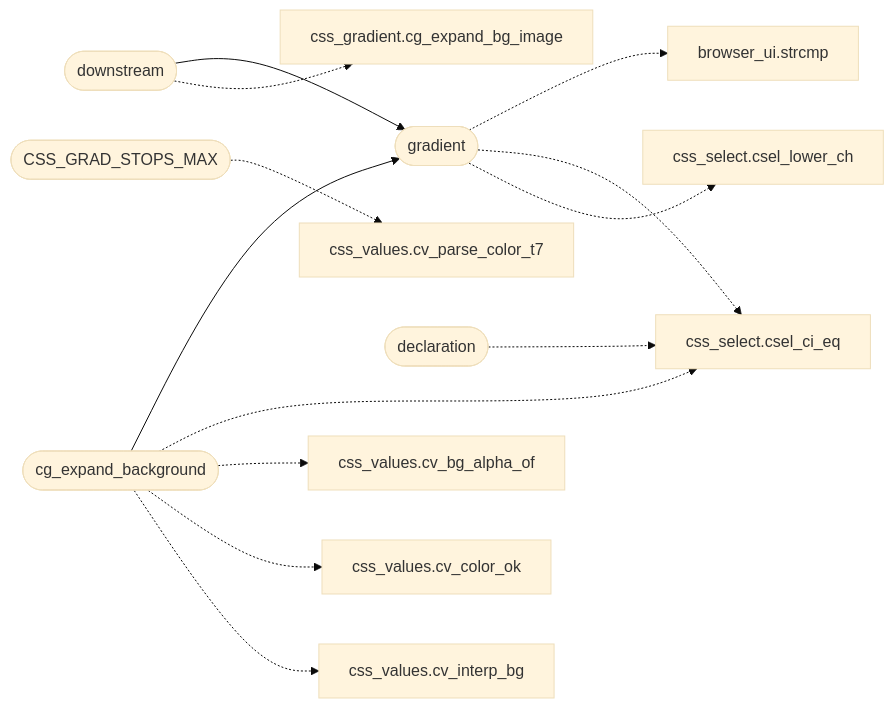
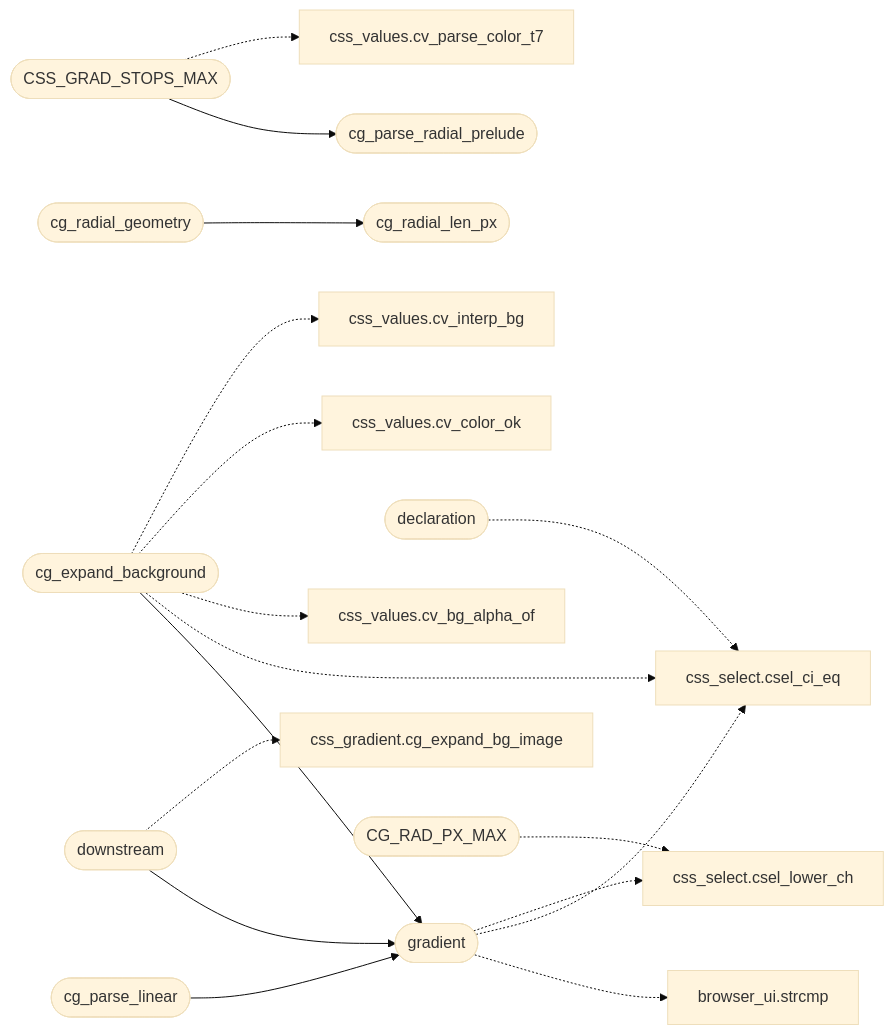
The diagram in readmenator-apidocs/modules/src.css_gradient.c.md (grisuno/FreeDom), drawn with Mermaid (base theme) before and after one commit. The commit also changed other lines of this file and 1370 other files, not shown here.

````diff
--- a/readmenator-apidocs/modules/src.css_gradient.c.md
+++ b/readmenator-apidocs/modules/src.css_gradient.c.md
@@ -13,28 +14,37 @@
 ```mermaid
 flowchart LR
+    n_src_css_gradient_c__CSS_GRAD_STOPS_MAX(["CSS_GRAD_STOPS_MAX"])
+    n_src_css_gradient_c__cg_parse_radial_prelude(["cg_parse_radial_prelude"])
     n_src_css_gradient_c__downstream(["downstream"])
     n_src_css_gradient_c__gradient(["gradient"])
     n_src_css_gradient_c__cg_expand_background(["cg_expand_background"])
+    n_src_css_gradient_c__cg_radial_geometry(["cg_radial_geometry"])
+    n_src_css_gradient_c__cg_radial_len_px(["cg_radial_len_px"])
+    n_src_css_gradient_c__cg_parse_linear(["cg_parse_linear"])
     n_gui_browser_ui_c__strcmp["browser_ui.strcmp"]
     n_include_css_select_h__csel_ci_eq["css_select.csel_ci_eq"]
     n_include_css_select_h__csel_lower_ch["css_select.csel_lower_ch"]
-    n_src_css_gradient_c__CSS_GRAD_STOPS_MAX(["CSS_GRAD_STOPS_MAX"])
     n_include_css_values_h__cv_parse_color_t7["css_values.cv_parse_color_t7"]
     n_include_css_gradient_h__cg_expand_bg_image["css_gradient.cg_expand_bg_image"]
     n_src_css_gradient_c__declaration(["declaration"])
     n_include_css_values_h__cv_bg_alpha_of["css_values.cv_bg_alpha_of"]
     n_include_css_values_h__cv_color_ok["css_values.cv_color_ok"]
     n_include_css_values_h__cv_interp_bg["css_values.cv_interp_bg"]
+    n_src_css_gradient_c__CG_RAD_PX_MAX(["CG_RAD_PX_MAX"])
+    n_src_css_gradient_c__CSS_GRAD_STOPS_MAX --> n_src_css_gradient_c__cg_parse_radial_prelude
     n_src_css_gradient_c__downstream --> n_src_css_gradient_c__gradient
     n_src_css_gradient_c__cg_expand_background --> n_src_css_gradient_c__gradient
+    n_src_css_gradient_c__cg_radial_geometry --> n_src_css_gradient_c__cg_radial_len_px
+    n_src_css_gradient_c__cg_parse_linear --> n_src_css_gradient_c__gradient
     n_src_css_gradient_c__gradient -.-> n_gui_browser_ui_c__strcmp
     n_src_css_gradient_c__gradient -.-> n_include_css_select_h__csel_ci_eq
     n_src_css_gradient_c__gradient -.-> n_include_css_select_h__csel_lower_ch
     n_src_css_gradient_c__CSS_GRAD_STOPS_MAX -.-> n_include_css_values_h__cv_parse_color_t7
     n_src_css_gradient_c__downstream -.-> n_include_css_gradient_h__cg_expand_bg_image
     n_src_css_gradient_c__declaration -.-> n_include_css_select_h__csel_ci_eq
     n_src_css_gradient_c__cg_expand_background -.-> n_include_css_select_h__csel_ci_eq
     n_src_css_gradient_c__cg_expand_background -.-> n_include_css_values_h__cv_bg_alpha_of
     n_src_css_gradient_c__cg_expand_background -.-> n_include_css_values_h__cv_color_ok
     n_src_css_gradient_c__cg_expand_background -.-> n_include_css_values_h__cv_interp_bg
+    n_src_css_gradient_c__CG_RAD_PX_MAX -.-> n_include_css_select_h__csel_lower_ch
 ```
````
